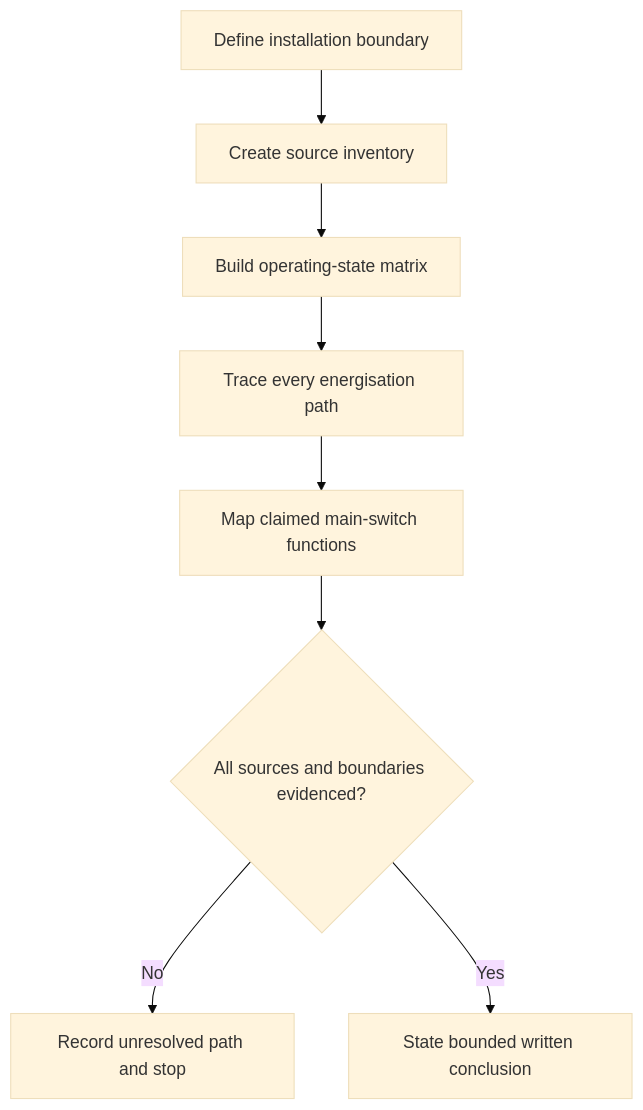
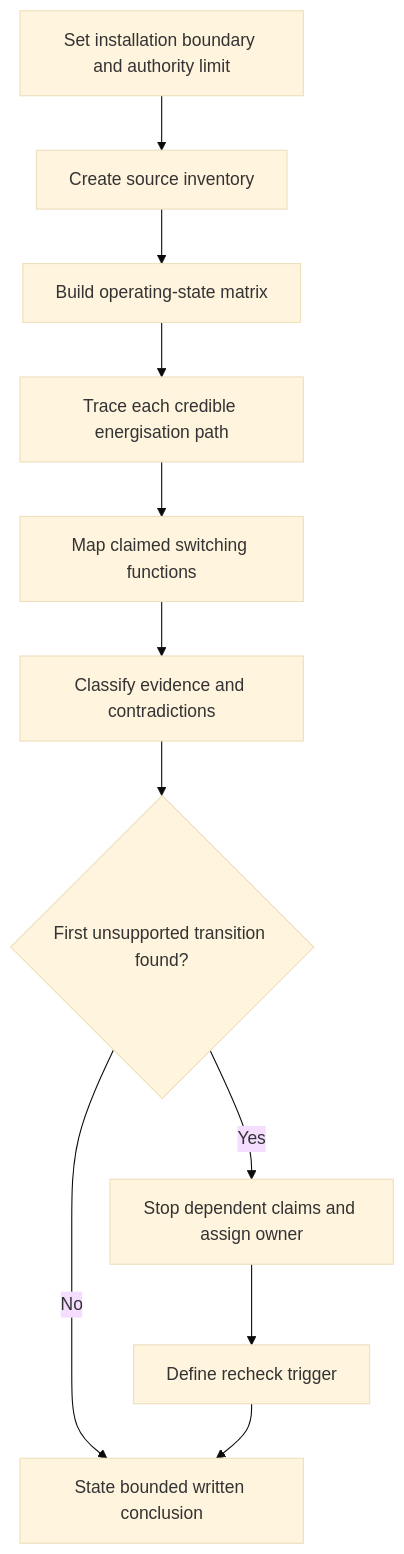
One commit to andrew3stedall/capstone changed the first of 3 diagrams in docs/learning-plans/12-week/modules/day-37-main-switches-alternate-supplies-and-source-identification.md. Above: the diagram before and after it, drawn with Mermaid (base theme). The commit also changed other lines of this file, not shown here.

Commit message:
Improve Day 37 source-identification module

````diff
--- a/docs/learning-plans/12-week/modules/day-37-main-switches-alternate-supplies-and-source-identification.md
+++ b/docs/learning-plans/12-week/modules/day-37-main-switches-alternate-supplies-and-source-identification.md
@@ -62,10 +89,13 @@
 ```mermaid
 flowchart TD
-    A[Define installation boundary] --> B[Create source inventory]
+    A[Set installation boundary and authority limit] --> B[Create source inventory]
     B --> C[Build operating-state matrix]
-    C --> D[Trace every energisation path]
-    D --> E[Map claimed main-switch functions]
-    E --> F{All sources and boundaries evidenced?}
-    F -->|No| G[Record unresolved path and stop]
-    F -->|Yes| H[State bounded written conclusion]
+    C --> D[Trace each credible energisation path]
+    D --> E[Map claimed switching functions]
+    E --> F[Classify evidence and contradictions]
+    F --> G{First unsupported transition found?}
+    G -->|Yes| H[Stop dependent claims and assign owner]
+    G -->|No| I[State bounded written conclusion]
+    H --> J[Define recheck trigger]
+    J --> I
 ```
````
